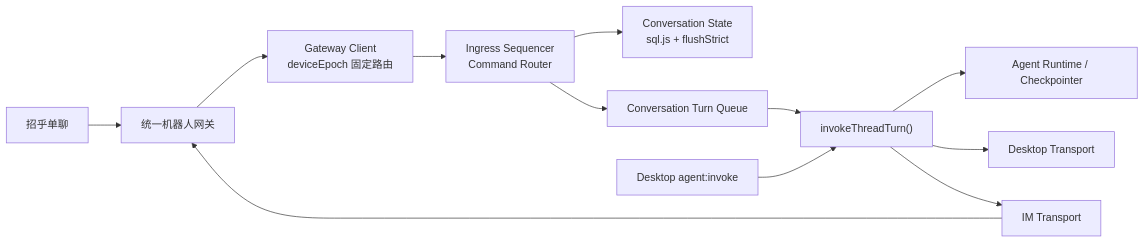
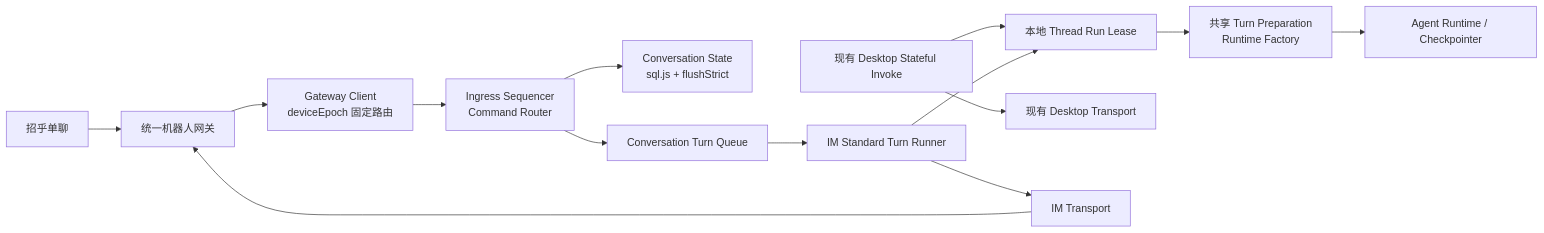
The diagram in docs/chatx-unified-bot-v1-implementation-spec.md (seanchen1993/CmbCoworkAgent), drawn with Mermaid before and after one commit. The commit also changed other lines of this file, not shown here.

Commit message:
docs(chatx): scope v1 to desktop-safe im turns

````diff
--- a/docs/chatx-unified-bot-v1-implementation-spec.md
+++ b/docs/chatx-unified-bot-v1-implementation-spec.md
@@ -122,14 +145,16 @@
 ```mermaid
 flowchart LR
   IM["招乎单聊"] --> GW["统一机器人网关"]
   GW --> GC["Gateway Client<br/>deviceEpoch 固定路由"]
   GC --> IN["Ingress Sequencer<br/>Command Router"]
   IN --> CS["Conversation State<br/>sql.js + flushStrict"]
   IN --> Q["Conversation Turn Queue"]
-  Q --> CORE["invokeThreadTurn()"]
-  DESK["Desktop agent:invoke"] --> CORE
-  CORE --> RT["Agent Runtime / Checkpointer"]
-  CORE --> DT["Desktop Transport"]
-  CORE --> IT["IM Transport"]
+  Q --> IR["IM Standard Turn Runner"]
+  DESK["现有 Desktop Stateful Invoke"] --> LEASE["本地 Thread Run Lease"]
+  IR --> LEASE
+  LEASE --> PREP["共享 Turn Preparation<br/>Runtime Factory"]
+  PREP --> RT["Agent Runtime / Checkpointer"]
+  DESK --> DT["现有 Desktop Transport"]
+  IR --> IT["IM Transport"]
   IT --> GW
 ```
````
